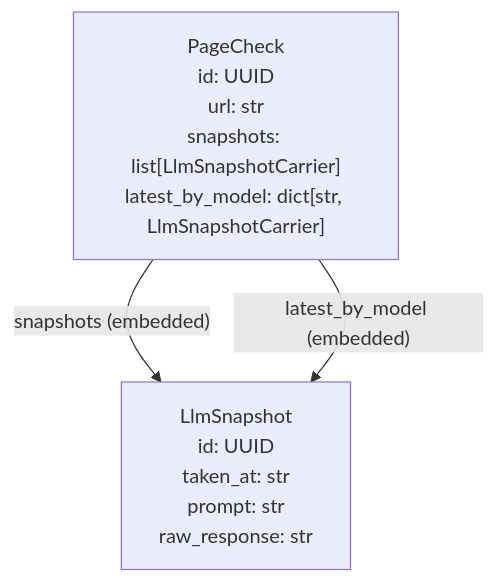
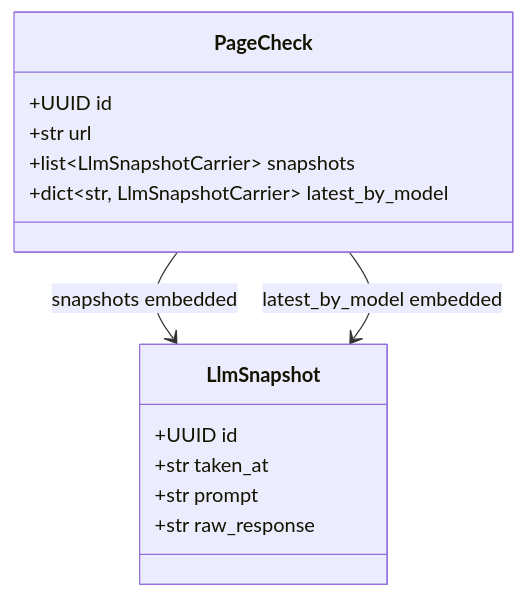
The fourth of 4 diagrams in examples/embedded_refs/README.md (release-art/pydantic-prism), drawn with Mermaid before and after one commit. The commit also changed other lines of this file and 7 other files, not shown here.

````diff
--- a/examples/embedded_refs/README.md
+++ b/examples/embedded_refs/README.md
@@ -63,8 +86,18 @@
 ```mermaid
-graph TD
-    LlmSnapshot["LlmSnapshot<br/>id: UUID<br/>taken_at: str<br/>prompt: str<br/>raw_response: str"]
-    PageCheck["PageCheck<br/>id: UUID<br/>url: str<br/>snapshots: list[LlmSnapshotCarrier]<br/>latest_by_model: dict[str, LlmSnapshotCarrier]"]
-    PageCheck -->|"snapshots (embedded)"| LlmSnapshot
-    PageCheck -->|"latest_by_model (embedded)"| LlmSnapshot
-    classDef partial stroke-dasharray: 5 5;
+classDiagram
+    direction TB
+    class LlmSnapshot {
+        +UUID id
+        +str taken_at
+        +str prompt
+        +str raw_response
+    }
+    class PageCheck {
+        +UUID id
+        +str url
+        +list~LlmSnapshotCarrier~ snapshots
+        +dict~str, LlmSnapshotCarrier~ latest_by_model
+    }
+    PageCheck --> LlmSnapshot : snapshots embedded
+    PageCheck --> LlmSnapshot : latest_by_model embedded
 ```
````
